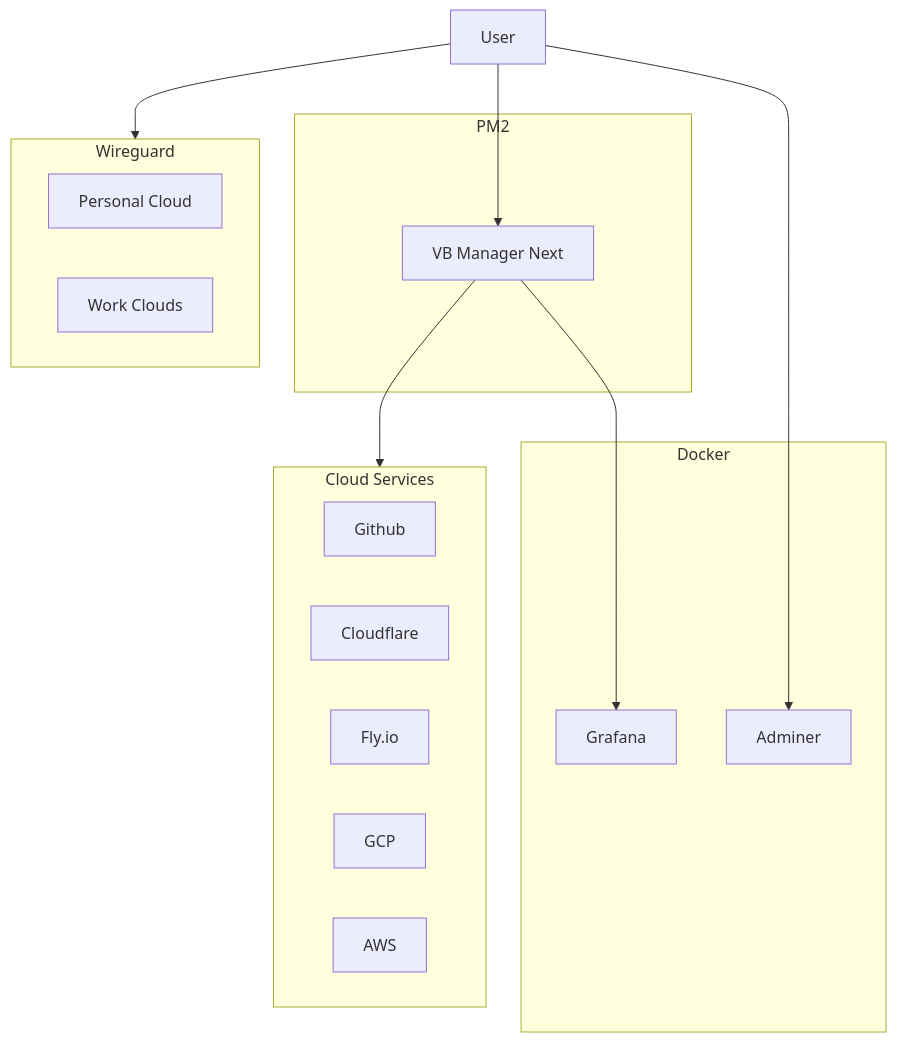
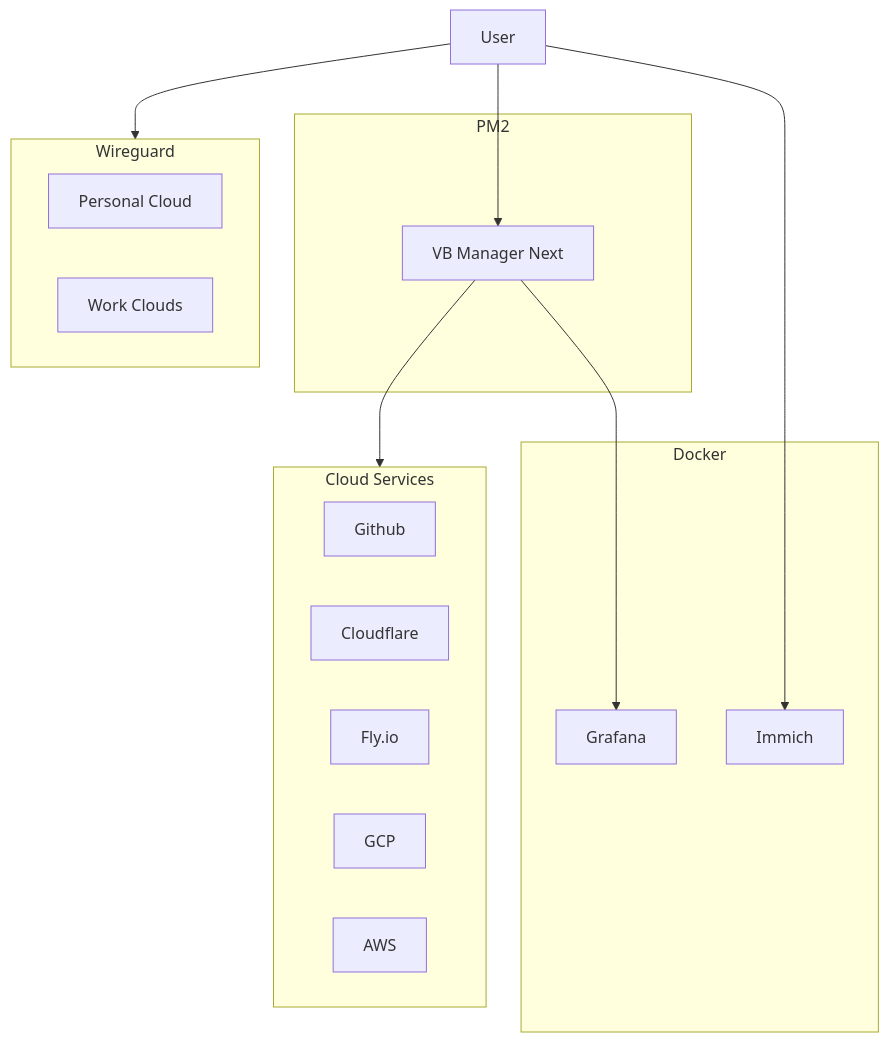
Before and after one commit to iamharryliu/vigilant-broccoli: the first of 5 diagrams in docs/infrastructure/infrastructure.md, drawn with Mermaid. The commit also changed 10 other files, not shown here.

````diff
--- a/docs/infrastructure/infrastructure.md
+++ b/docs/infrastructure/infrastructure.md
@@ -12,33 +12,33 @@
 ```mermaid
 flowchart
 USER[User]
 
 subgraph DOCKER[Docker]
   GRAFANA[Grafana]
-  ADMINER[Adminer]
+  IMMICH[Immich]
 end
 
 subgraph PM2
   VB_MANAGER_NEXT[VB Manager Next]
 end
 
 subgraph CLOUD_SERVICES[Cloud Services]
   GITHUB[Github]
   CLOUDFLARE[Cloudflare]
   FLY_IO[Fly.io]
   GCP[GCP]
   AWS[AWS]
 end
 
 subgraph WIREGUARD[Wireguard]
   PERSONAL_CLOUD[Personal Cloud]
   WORK_CLOUDS[Work Clouds]
 end
 
 VB_MANAGER_NEXT-->CLOUD_SERVICES
 VB_MANAGER_NEXT-->GRAFANA
 
 USER-->WIREGUARD
 USER-->VB_MANAGER_NEXT
-USER-->ADMINER
+USER-->IMMICH
 ```
````
